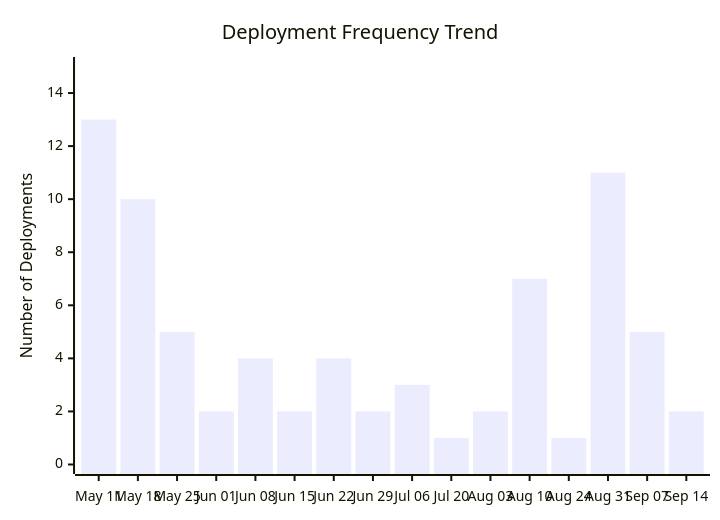
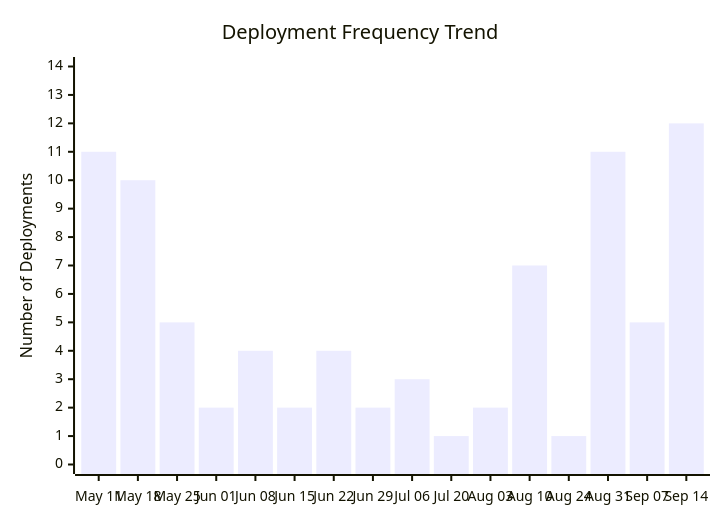
Before and after one commit to ukma-cs-ssdm-2025/rate-ukma: the third of 4 diagrams in docs/ci-cd/dora-summary.md, drawn with Mermaid. The commit also changed other lines of this file, not shown here.

````diff
--- a/docs/ci-cd/dora-summary.md
+++ b/docs/ci-cd/dora-summary.md
@@ -58,7 +58,7 @@
 ```mermaid
 xychart-beta
     title "Deployment Frequency Trend"
     x-axis ["May 11", "May 18", "May 25", "Jun 01", "Jun 08", "Jun 15", "Jun 22", "Jun 29", "Jul 06", "Jul 20", "Aug 03", "Aug 10", "Aug 24", "Aug 31", "Sep 07", "Sep 14"]
-    y-axis "Number of Deployments" 0 --> 15
-    bar [13.00, 10.00, 5.00, 2.00, 4.00, 2.00, 4.00, 2.00, 3.00, 1.00, 2.00, 7.00, 1.00, 11.00, 5.00, 2.00]
+    y-axis "Number of Deployments" 0 --> 14
+    bar [11.00, 10.00, 5.00, 2.00, 4.00, 2.00, 4.00, 2.00, 3.00, 1.00, 2.00, 7.00, 1.00, 11.00, 5.00, 12.00]
 ```
````
